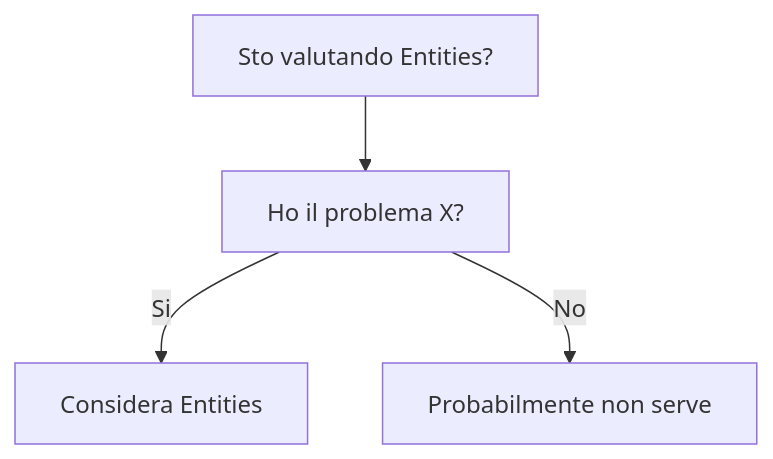
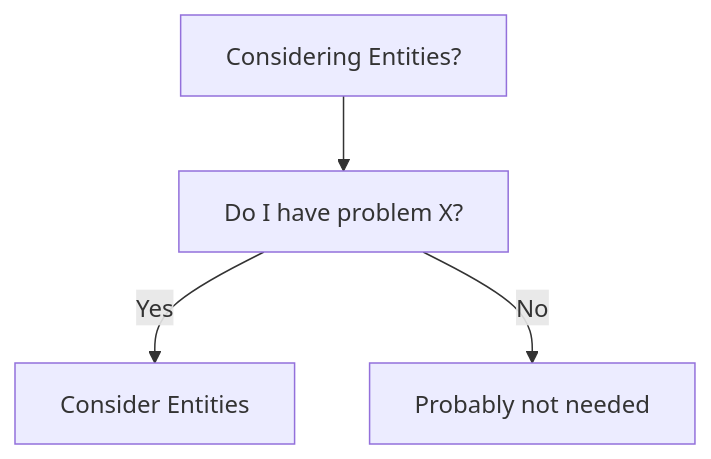
Before and after one commit to HxT9/Software-Dev-Wiki: the diagram in dev-wiki/20_DDD/Entities/When_To_Use.md, drawn with Mermaid. The commit also changed other lines of this file and 3444 other files, not shown here.

````diff
--- a/dev-wiki/20_DDD/Entities/When_To_Use.md
+++ b/dev-wiki/20_DDD/Entities/When_To_Use.md
@@ -19,6 +19,6 @@
 ```mermaid
 flowchart TD
-  Q[Sto valutando Entities?] --> Q1[Ho il problema X?]
-  Q1 -->|Si| OK[Considera Entities]
-  Q1 -->|No| NO[Probabilmente non serve]
+  Q[Considering Entities?] --> Q1[Do I have problem X?]
+  Q1 -->|Yes| OK[Consider Entities]
+  Q1 -->|No| NO[Probably not needed]
 ```
````
